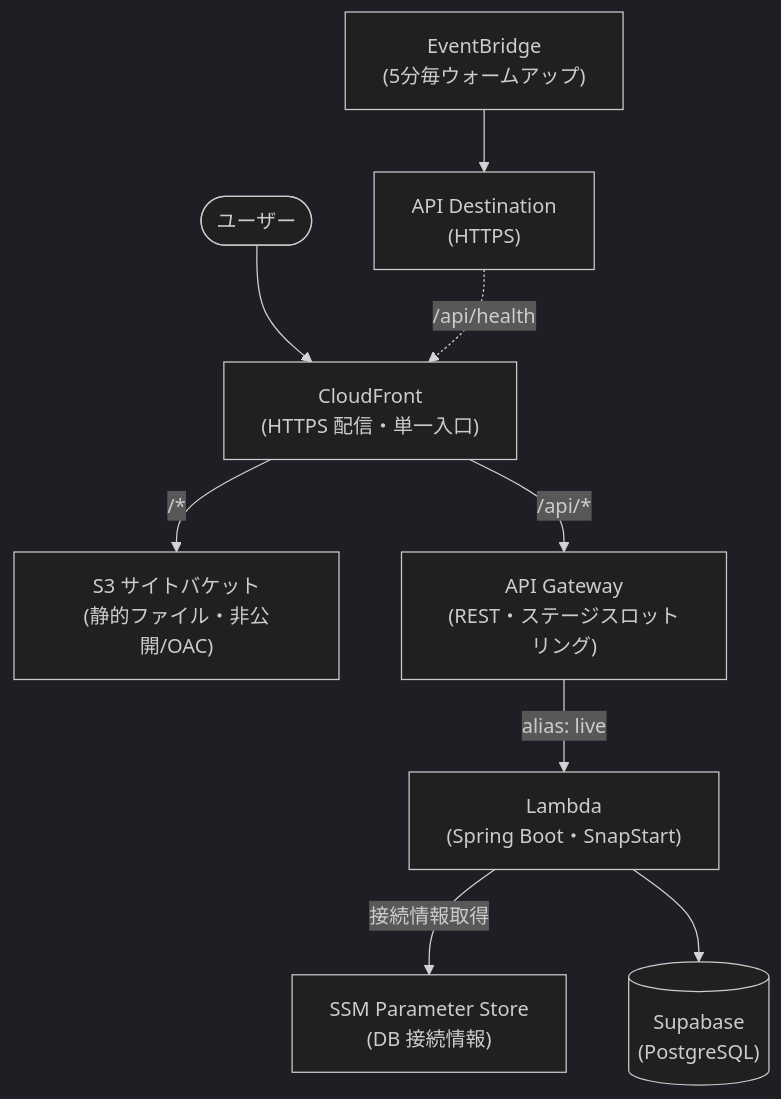
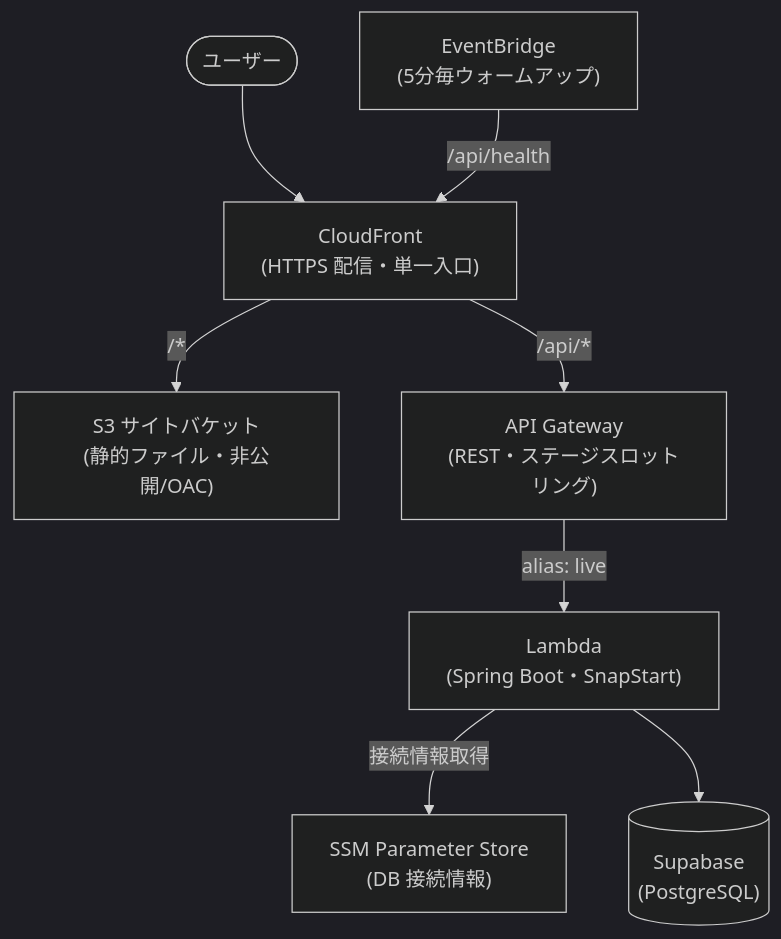
Before and after one commit to masalog/CareDocWeb: the first of 2 diagrams in docs/CareDocWeb システム構成図（Mermaid）.md, drawn with Mermaid (dark theme).

Commit message:
fix : システム構成図(Mermaid).mdの修正

````diff
--- a/docs/CareDocWeb システム構成図（Mermaid）.md
+++ b/docs/CareDocWeb システム構成図（Mermaid）.md
@@ -7,11 +7,14 @@
 ```mermaid
 flowchart TD
     User([ユーザー]) --> CF["CloudFront<br/>(HTTPS 配信・単一入口)"]
-    EB["EventBridge<br/>(5分毎ウォームアップ)"] --> APIDEST["API Destination<br/>(HTTPS)"]
-    APIDEST -.->|/api/health| CF
+
+    EB["EventBridge<br/>(5分毎ウォームアップ)"] -->|/api/health| CF
+    
     CF -->|"/*"| S3["S3 サイトバケット<br/>(静的ファイル・非公開/OAC)"]
     CF -->|"/api/*"| APIGW["API Gateway<br/>(REST・ステージスロットリング)"]
+
     APIGW -->|alias: live| Lambda["Lambda<br/>(Spring Boot・SnapStart)"]
+
     Lambda -->|接続情報取得| SSM["SSM Parameter Store<br/>(DB 接続情報)"]
     Lambda --> DB[("Supabase<br/>(PostgreSQL)")]
 ```
````
